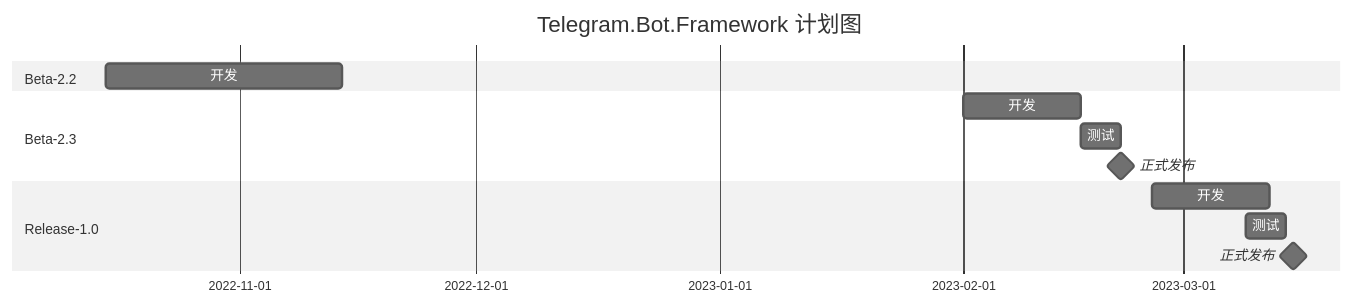
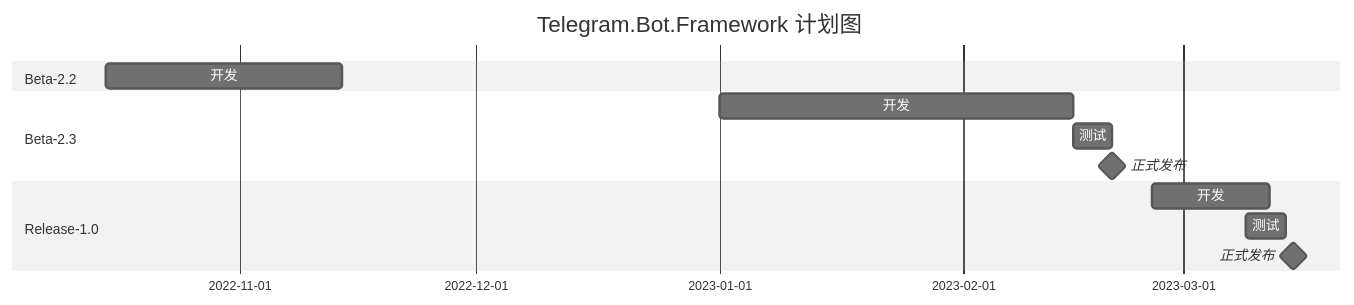
The diagram in README.md (Azumo-Lab/Azumo.Telegram.Bot.Framework), drawn with Mermaid (neutral theme) before and after one commit.

````diff
--- a/README.md
+++ b/README.md
@@ -3,15 +3,15 @@
 ```mermaid
 gantt
     title Telegram.Bot.Framework 计划图
     dateFormat  YYYY-MM-DD
     section Beta-2.2
     开发  :2022-10-15, 30d
     section Beta-2.3
-    开发  :2023-02-01, 15d
+    开发  :2023-01-01, 45d
     测试  :5d
     正式发布:milestone, 0d
     section Release-1.0
     开发  :2023-02-25, 15d
     测试  :2023-03-09, 5d
     正式发布:milestone, 2023-03-15, 0d
 ```
````
